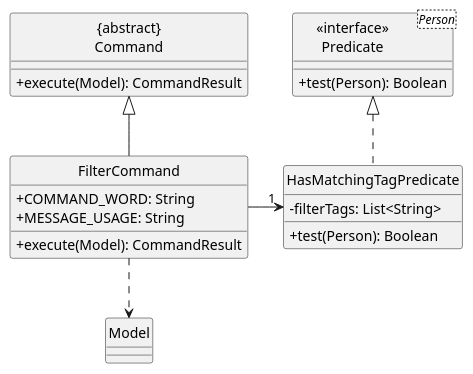
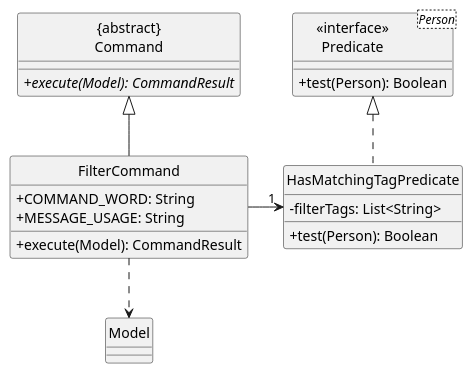
Before and after one commit to KSSWSept20/tp: the diagram in docs/diagrams/FilterCommandClass.puml, drawn with PlantUML.

```diff
--- a/docs/diagrams/FilterCommandClass.puml
+++ b/docs/diagrams/FilterCommandClass.puml
@@ -1,27 +1,27 @@
 @startuml
 hide circle
 skinparam classAttributeIconSize 0
 
 Class "{abstract}\nCommand" as Command {
-  +execute(Model): CommandResult
+  {abstract}+execute(Model): CommandResult
 }
 Class FilterCommand {
   +COMMAND_WORD: String
   +MESSAGE_USAGE: String
   +execute(Model): CommandResult
 }
 Class HasMatchingTagPredicate {
   -filterTags: List<String>
   +test(Person): Boolean
 }
 Class "<<interface>>\nPredicate<Person>" as Predicate {
   +test(Person): Boolean
 }
 Class Model
 
 FilterCommand -up-|> Command
 FilterCommand -> "1" HasMatchingTagPredicate
 FilterCommand .down.> Model
 HasMatchingTagPredicate .up.|> Predicate
 
 @enduml
```
